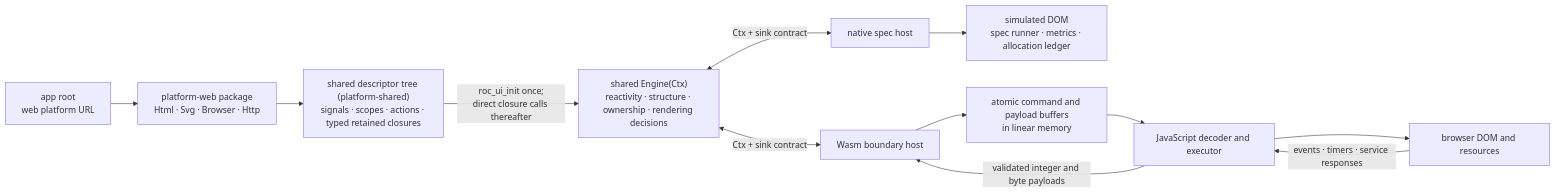
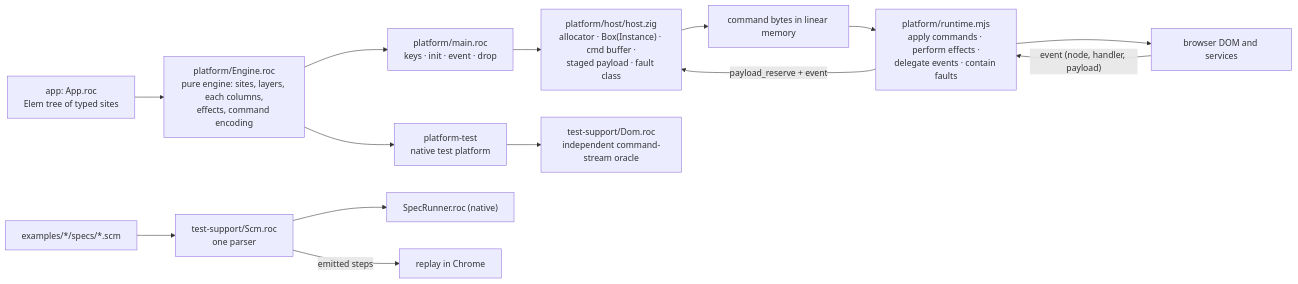
Before and after one commit to lukewilliamboswell/roc-signals: the diagram in design.md, drawn with Mermaid. The commit also changed other lines of this file and 1 other file, not shown here.

Commit message:
Rewrite design.md and AGENTS.md for the Roc-owned engine

````diff
--- a/design.md
+++ b/design.md
@@ -309,16 +219,17 @@
 ```mermaid
 flowchart LR
-    WebApp["app root<br/>web platform URL"] --> WebPlatform["platform-web package<br/>Html · Svg · Browser · Http"]
-    WebPlatform --> Platform["shared descriptor tree (platform-shared)<br/>signals · scopes · actions · typed retained closures"]
-    Platform -->|"roc_ui_init once;<br/>direct closure calls thereafter"| Engine["shared Engine(Ctx)<br/>reactivity · structure · ownership · rendering decisions"]
+    App["app: App.roc<br/>Elem tree of typed sites"] --> Engine["platform/Engine.roc<br/>pure engine: sites, layers, each columns,<br/>effects, command encoding"]
+    Engine --> Main["platform/main.roc<br/>keys · init · event · drop"]
+    Main --> Host["platform/host/host.zig<br/>allocator · Box(Instance) · cmd buffer ·<br/>staged payload · fault class"]
+    Host --> Wire["command bytes in linear memory"]
+    Wire --> JS["platform/runtime.mjs<br/>apply commands · perform effects ·<br/>delegate events · contain faults"]
+    JS --> DOM["browser DOM and services"]
+    DOM -->|"event (node, handler, payload)"| JS
+    JS -->|"payload_reserve + event"| Host
 
-    Engine <-->|"Ctx + sink contract"| Native["native spec host"]
-    Native --> NativeSurface["simulated DOM<br/>spec runner · metrics · allocation ledger"]
-
-    Engine <-->|"Ctx + sink contract"| Wasm["Wasm boundary host"]
-    Wasm --> Wire["atomic command and payload buffers<br/>in linear memory"]
-    Wire --> JS["JavaScript decoder and executor"]
-    JS --> Browser["browser DOM and resources"]
-    Browser -->|"events · timers · service responses"| JS
-    JS -->|"validated integer and byte payloads"| Wasm
+    Engine --> Test["platform-test<br/>native test platform"]
+    Test --> Oracle["test-support/Dom.roc<br/>independent command-stream oracle"]
+    Scm["examples/*/specs/*.scm"] --> Parser["test-support/Scm.roc<br/>one parser"]
+    Parser --> Native["SpecRunner.roc (native)"]
+    Parser -->|"emitted steps"| Browser["replay in Chrome"]
 ```
````
